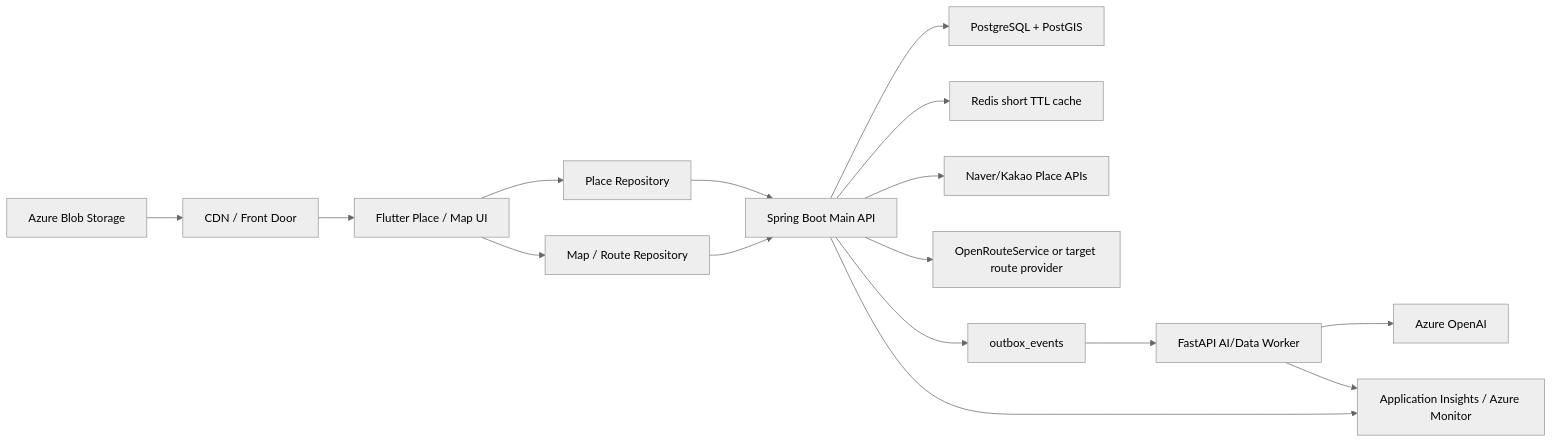
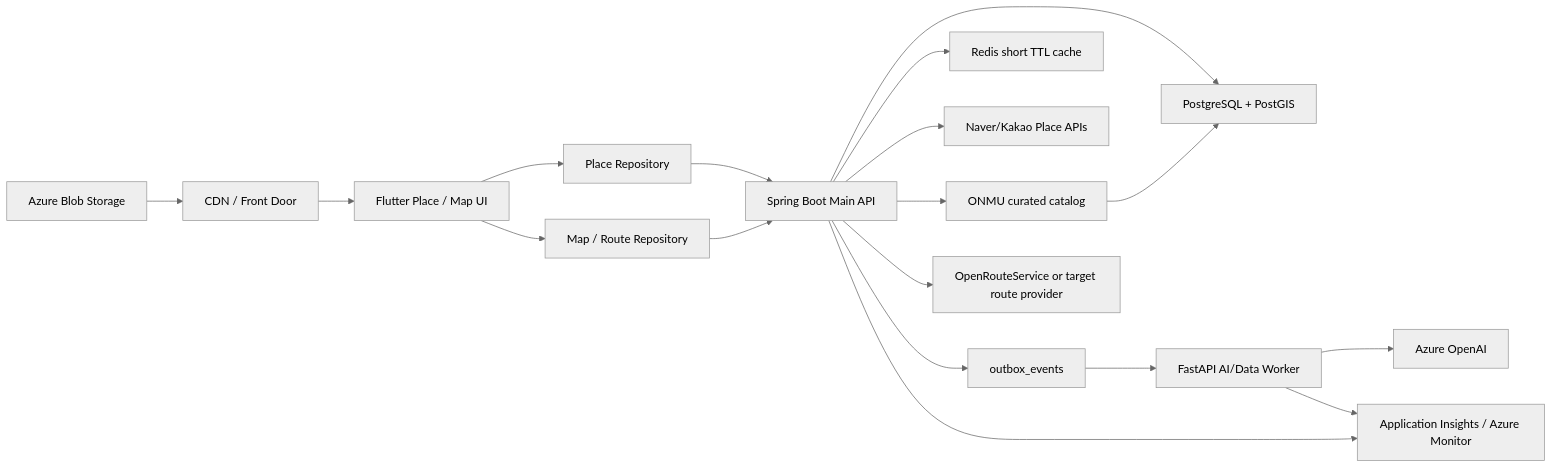
One commit to Onieum/ONMU changed the diagram in docs/architecture/place-search-route-map-architecture.md. Above: the diagram before and after it, drawn with Mermaid (neutral theme). The commit also changed other lines of this file and 2 other files, not shown here.

Commit message:
docs(place): SCRUM-5 plan curated place catalog direct load

````diff
--- a/docs/architecture/place-search-route-map-architecture.md
+++ b/docs/architecture/place-search-route-map-architecture.md
@@ -128,33 +130,36 @@
 ```mermaid
 flowchart LR
     app["Flutter Place / Map UI"]
     placeRepo["Place Repository"]
     mapRepo["Map / Route Repository"]
     api["Spring Boot Main API"]
     postgres["PostgreSQL + PostGIS"]
     redis["Redis short TTL cache"]
     outbox["outbox_events"]
     worker["FastAPI AI/Data Worker"]
     openai["Azure OpenAI"]
     search["Naver/Kakao Place APIs"]
+    catalog["ONMU curated catalog"]
     routeProvider["OpenRouteService or target route provider"]
     blob["Azure Blob Storage"]
     cdn["CDN / Front Door"]
     monitor["Application Insights / Azure Monitor"]
 
     app --> placeRepo
     app --> mapRepo
     placeRepo --> api
     mapRepo --> api
     api --> postgres
     api --> redis
     api --> search
+    api --> catalog
+    catalog --> postgres
     api --> routeProvider
     api --> outbox
     outbox --> worker
     worker --> openai
     blob --> cdn
     cdn --> app
     api --> monitor
     worker --> monitor
 ```
````
